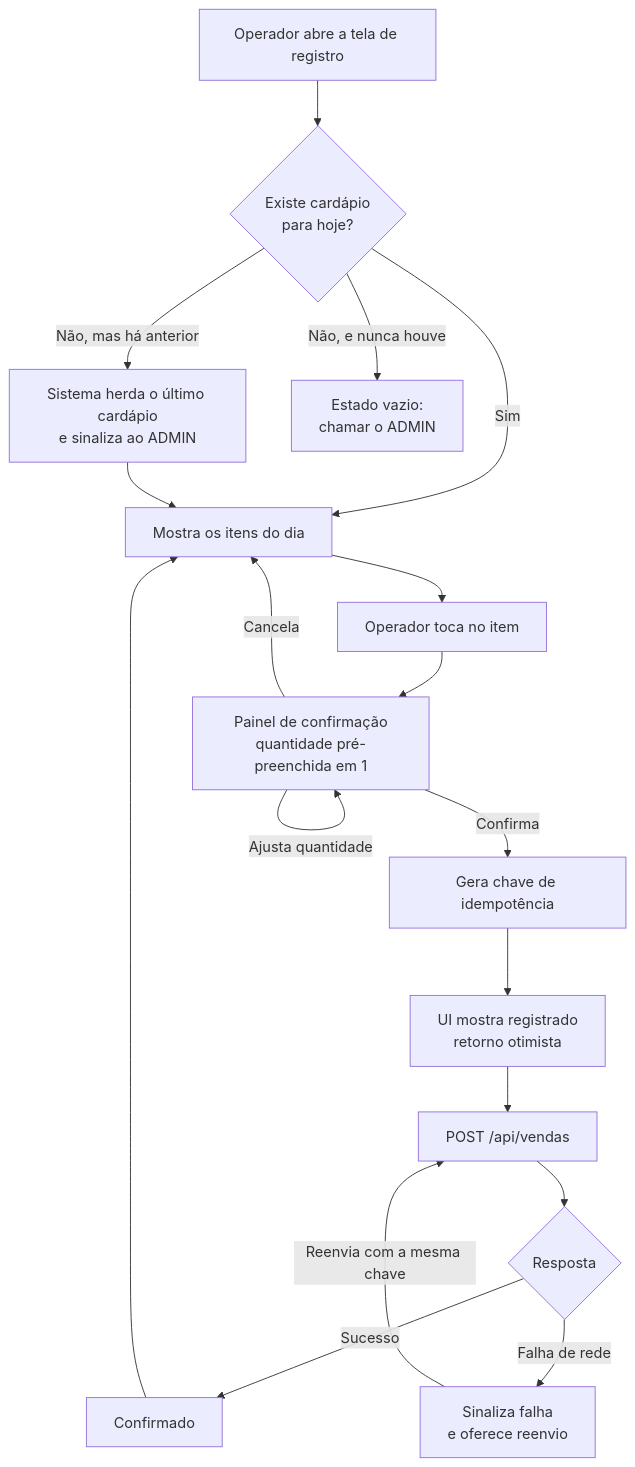
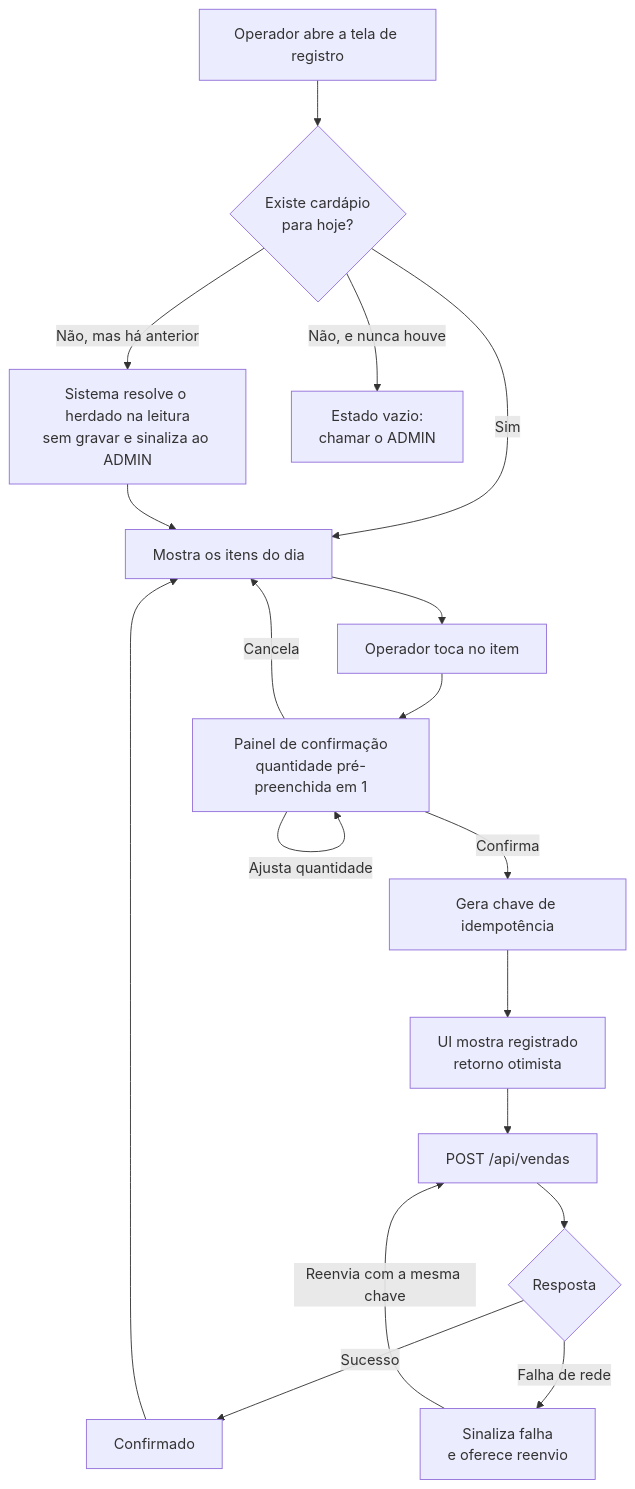
The first of 3 diagrams in docs/prds/PRD-001-controle-vendas-pf-marmitas.md (thiagolbf/prato_certo), drawn with Mermaid before and after one commit. The commit also changed other lines of this file, not shown here.

````diff
--- a/docs/prds/PRD-001-controle-vendas-pf-marmitas.md
+++ b/docs/prds/PRD-001-controle-vendas-pf-marmitas.md
@@ -150,20 +156,20 @@
 ```mermaid
 flowchart TD
     A[Operador abre a tela de registro] --> B{Existe cardápio<br/>para hoje?}
-    B -->|Não, mas há anterior| C[Sistema herda o último cardápio<br/>e sinaliza ao ADMIN]
+    B -->|Não, mas há anterior| C[Sistema resolve o herdado na leitura<br/>sem gravar e sinaliza ao ADMIN]
     B -->|Não, e nunca houve| D[Estado vazio:<br/>chamar o ADMIN]
     B -->|Sim| E[Mostra os itens do dia]
     C --> E
     E --> F[Operador toca no item]
     F --> G[Painel de confirmação<br/>quantidade pré-preenchida em 1]
     G -->|Ajusta quantidade| G
     G -->|Cancela| E
     G -->|Confirma| H[Gera chave de idempotência]
     H --> I[UI mostra registrado<br/>retorno otimista]
     I --> J[POST /api/vendas]
     J --> K{Resposta}
     K -->|Sucesso| L[Confirmado]
     K -->|Falha de rede| M[Sinaliza falha<br/>e oferece reenvio]
     M -->|Reenvia com a mesma chave| J
     L --> E
 ```
````
